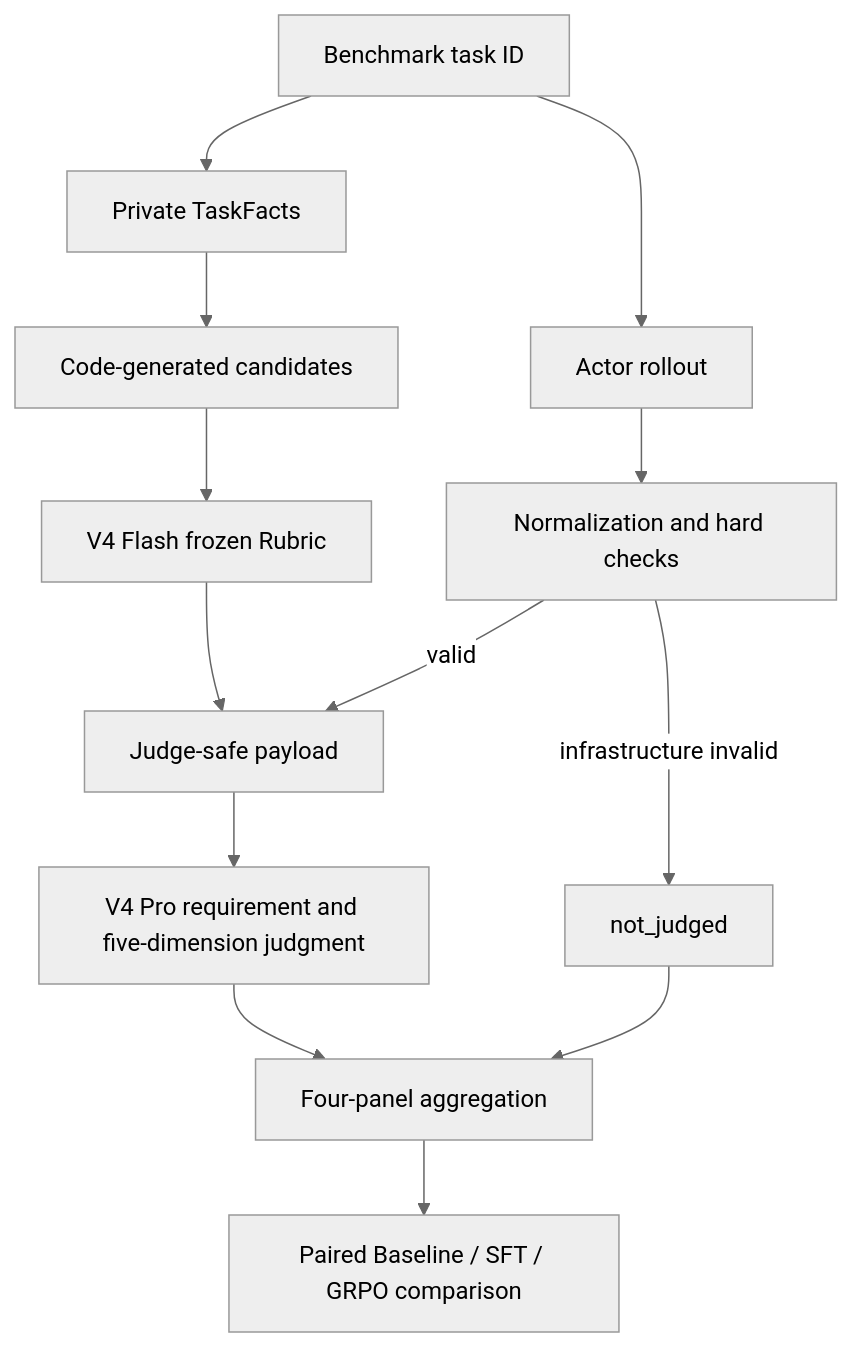
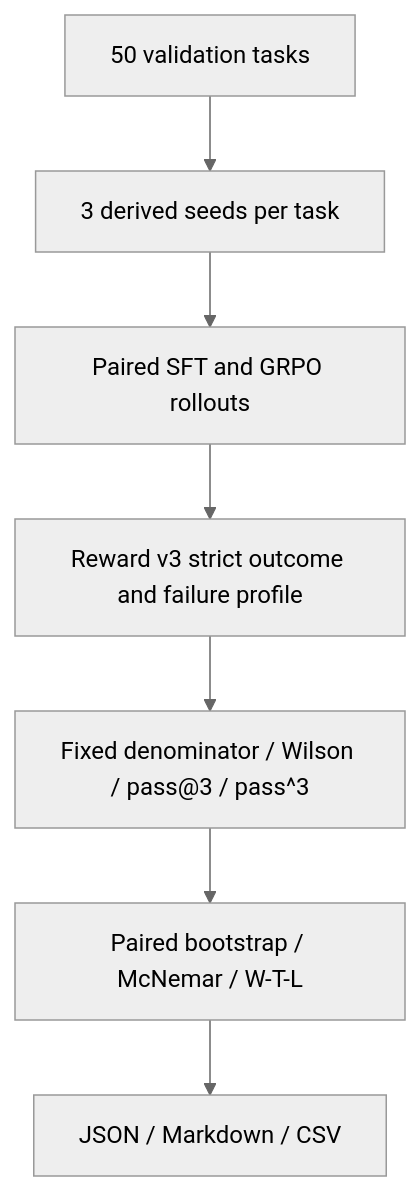
The second of 2 diagrams in README.en.md (19803118392/shopping-grpo-longhorizon), drawn with Mermaid (neutral theme) before and after one commit. The commit also changed other lines of this file and 68 other files, not shown here.

Commit message:
feat: add paired statistical evaluation and verified validation result

````diff
--- a/README.en.md
+++ b/README.en.md
@@ -118,15 +152,9 @@
 ```mermaid
 flowchart TD
-    A[Benchmark task ID] --> B[Private TaskFacts]
-    B --> C[Code-generated candidates]
-    C --> D[V4 Flash frozen Rubric]
-    A --> E[Actor rollout]
-    E --> F[Normalization and hard checks]
-    F -->|valid| G[Judge-safe payload]
-    D --> G
-    G --> H[V4 Pro requirement and five-dimension judgment]
-    F -->|infrastructure invalid| I[not_judged]
-    H --> J[Four-panel aggregation]
-    I --> J
-    J --> K[Paired Baseline / SFT / GRPO comparison]
+    A[50 validation tasks] --> B[3 derived seeds per task]
+    B --> C[Paired SFT and GRPO rollouts]
+    C --> D[Reward v3 strict outcome and failure profile]
+    D --> E[Fixed denominator / Wilson / pass@3 / pass^3]
+    E --> F[Paired bootstrap / McNemar / W-T-L]
+    F --> G[JSON / Markdown / CSV]
 ```
````
